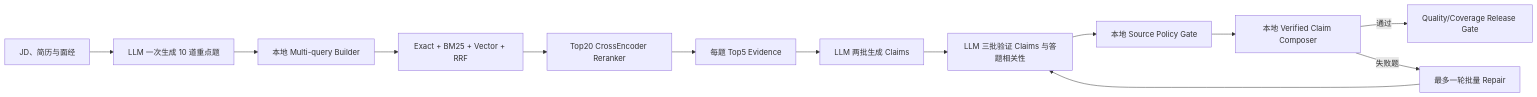
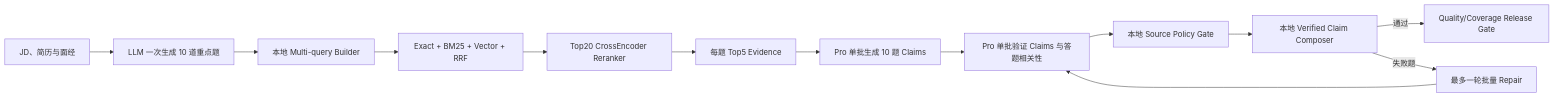
Before and after one commit to Yonhen233/CareerAgent: the diagram in docs/ARCHITECTURE.md, drawn with Mermaid. The commit also changed other lines of this file and 14 other files, not shown here.

````diff
--- a/docs/ARCHITECTURE.md
+++ b/docs/ARCHITECTURE.md
@@ -65,15 +80,15 @@
 ```mermaid
 flowchart LR
     A["JD、简历与面经"] --> B["LLM 一次生成 10 道重点题"]
     B --> C["本地 Multi-query Builder"]
     C --> D["Exact + BM25 + Vector + RRF"]
     D --> E["Top20 CrossEncoder Reranker"]
     E --> F["每题 Top5 Evidence"]
-    F --> G["LLM 两批生成 Claims"]
-    G --> H["LLM 三批验证 Claims 与答题相关性"]
+    F --> G["Pro 单批生成 10 题 Claims"]
+    G --> H["Pro 单批验证 Claims 与答题相关性"]
     H --> I["本地 Source Policy Gate"]
     I --> J["本地 Verified Claim Composer"]
     J -->|"通过"| K["Quality/Coverage Release Gate"]
     J -->|"失败题"| L["最多一轮批量 Repair"]
     L --> H
 ```
````
